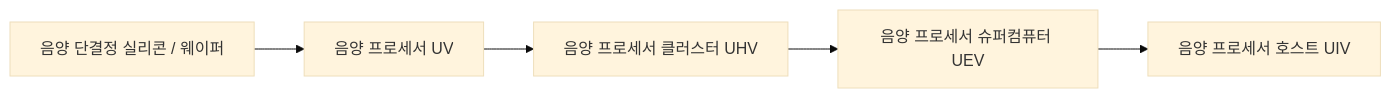
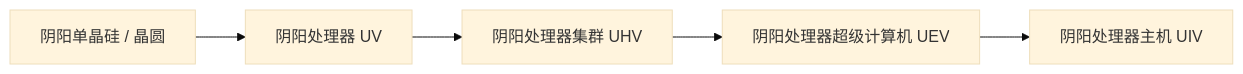
Before and after one commit to takanashisatou/GregtechEasy: the second of 2 diagrams in docs/ko/gtecore/circuits-and-materials.md, drawn with Mermaid (base theme). The commit also changed other lines of this file and 144 other files, not shown here.

````diff
--- a/docs/ko/gtecore/circuits-and-materials.md
+++ b/docs/ko/gtecore/circuits-and-materials.md
@@ -30,7 +30,7 @@
 ```mermaid
 graph LR
-    A[음양 단결정 실리콘 / 웨이퍼] --> B[음양 프로세서 UV]
-    B --> C[음양 프로세서 클러스터 UHV]
-    C --> D[음양 프로세서 슈퍼컴퓨터 UEV]
-    D --> E[음양 프로세서 호스트 UIV]
+    A[阴阳单晶硅 / 晶圆] --> B[阴阳处理器 UV]
+    B --> C[阴阳处理器集群 UHV]
+    C --> D[阴阳处理器超级计算机 UEV]
+    D --> E[阴阳处理器主机 UIV]
 ```
````
